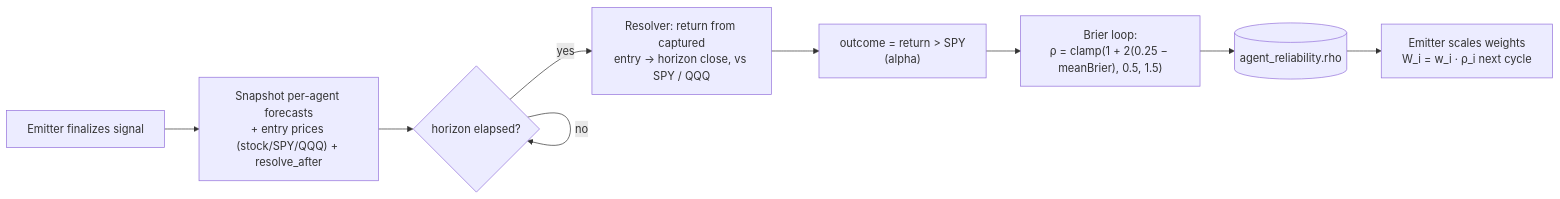
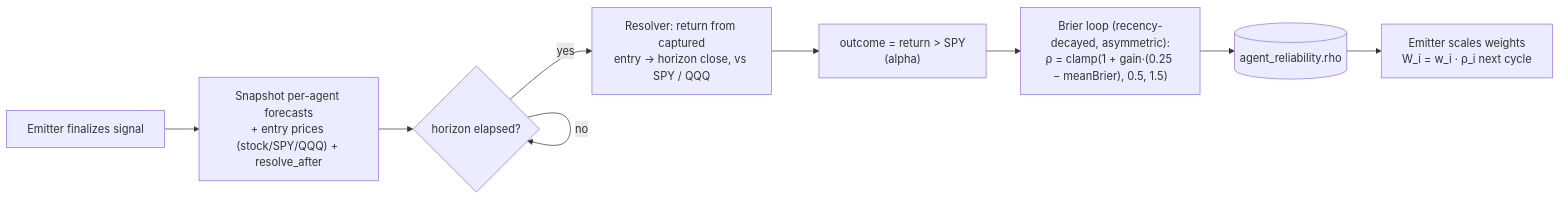
Before and after one commit to givewgun/legion: the fourth of 7 diagrams in docs/ARCHITECTURE.md, drawn with Mermaid. The commit also changed other lines of this file and 7 other files, not shown here.

````diff
--- a/docs/ARCHITECTURE.md
+++ b/docs/ARCHITECTURE.md
@@ -142,15 +142,15 @@
 ```mermaid
 flowchart LR
     emit["Emitter finalizes signal"]
     snap["Snapshot per-agent forecasts<br/>+ entry prices (stock/SPY/QQQ) + resolve_after"]
     wait{"horizon elapsed?"}
     resolve["Resolver: return from captured<br/>entry → horizon close, vs SPY / QQQ"]
     outcome["outcome = return &gt; SPY<br/>(alpha)"]
-    brier["Brier loop:<br/>ρ = clamp(1 + 2(0.25 − meanBrier), 0.5, 1.5)"]
+    brier["Brier loop (recency-decayed, asymmetric):<br/>ρ = clamp(1 + gain·(0.25 − meanBrier), 0.5, 1.5)"]
     store[("agent_reliability.rho")]
     scale["Emitter scales weights<br/>W_i = w_i · ρ_i next cycle"]
 
     emit --> snap --> wait
     wait -->|no| wait
     wait -->|yes| resolve --> outcome --> brier --> store --> scale
 ```
````
